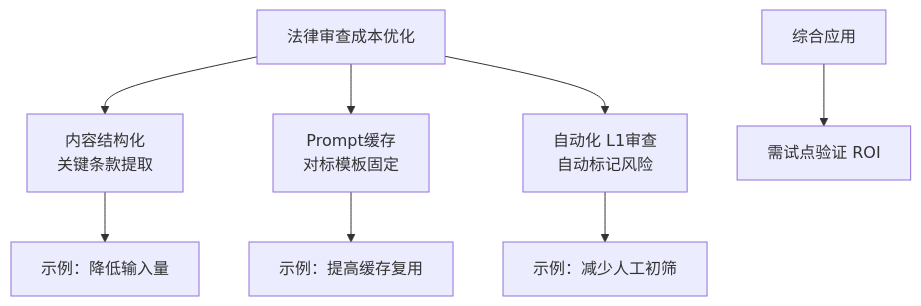
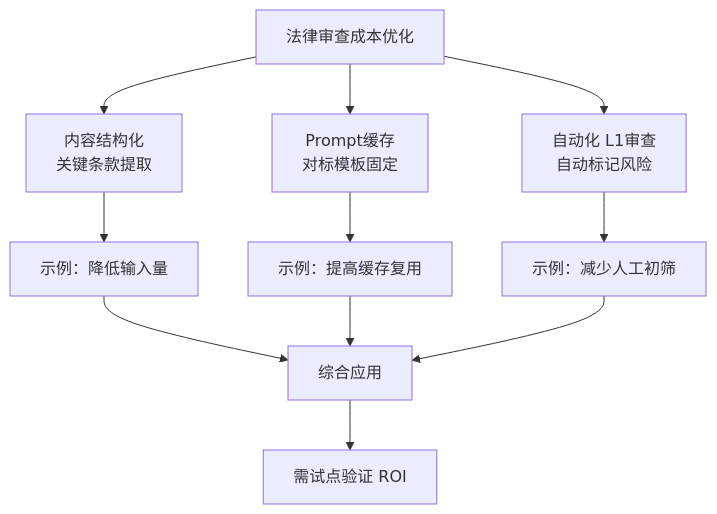
The first of 2 diagrams in 12_production/12.2.2_cost_optimization_industry.md (yeasy/context_engineering_guide), drawn with Mermaid before and after one commit. The commit also changed other lines of this file and 42 other files, not shown here.

````diff
--- a/12_production/12.2.2_cost_optimization_industry.md
+++ b/12_production/12.2.2_cost_optimization_industry.md
@@ -548,11 +548,14 @@
 ```mermaid
 graph TB
     A["法律审查成本优化"] --> B["内容结构化<br/>关键条款提取"]
     A --> C["Prompt缓存<br/>对标模板固定"]
     A --> D["自动化 L1审查<br/>自动标记风险"]
 
     B --> E["示例：降低输入量"]
     C --> F["示例：提高缓存复用"]
     D --> G["示例：减少人工初筛"]
+    E --> H["综合应用"]
+    F --> H
+    G --> H
     H["综合应用"] --> I["需试点验证 ROI"]
 ```
````
